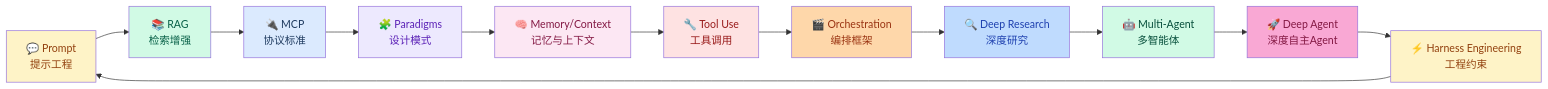
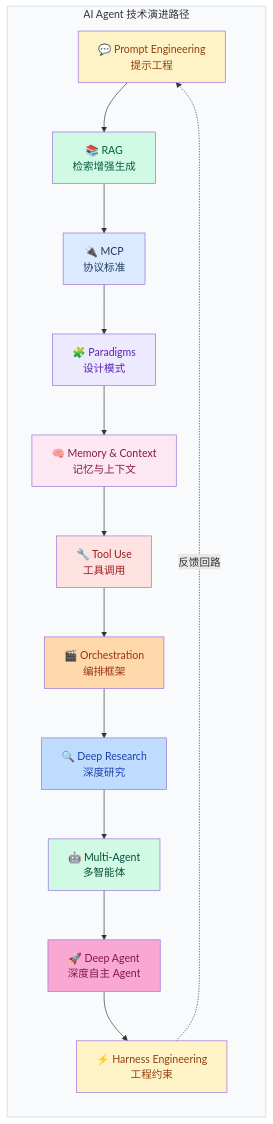
One commit to FreezeSoul/agent-engineering-by-openclaw changed the diagram in README.md. Above: the diagram before and after it, drawn with Mermaid. The commit also changed other lines of this file and 2 other files, not shown here.

Commit message:
feat: add tool-use-evolution and harness-engineering-deep-dive; update README diagram to TB layout
- NEW: articles/concepts/tool-use-evolution.md (FC→MCP→Tool Mesh)
- NEW: articles/concepts/harness-engineering-deep-dive.md (三层架构 + OWASP ASI)
- NEW: README flowchart now uses TB + subgraph (vertical, not horizontal)
- UPDATE: README Tool Use and Harness sections with new articles

````diff
--- a/README.md
+++ b/README.md
@@ -39,26 +39,33 @@
 ```mermaid
-flowchart LR
-    P["💬 Prompt<br/>提示工程"] --> R["📚 RAG<br/>检索增强"]
-    R --> M["🔌 MCP<br/>协议标准"]
-    M --> PG["🧩 Paradigms<br/>设计模式"]
-    PG --> MC["🧠 Memory/Context<br/>记忆与上下文"]
-    MC --> TU["🔧 Tool Use<br/>工具调用"]
-    TU --> O["🎬 Orchestration<br/>编排框架"]
-    O --> DR["🔍 Deep Research<br/>深度研究"]
-    DR --> MA["🤖 Multi-Agent<br/>多智能体"]
-    MA --> DA["🚀 Deep Agent<br/>深度自主Agent"]
-    DA --> HE["⚡ Harness Engineering<br/>工程约束"]
-    HE --> P
+flowchart TB
+    subgraph EVOLUTION["AI Agent 技术演进路径"]
+        direction TB
+        P1["💬 Prompt Engineering<br/>提示工程"]
+        P2["📚 RAG<br/>检索增强生成"]
+        P3["🔌 MCP<br/>协议标准"]
+        P4["🧩 Paradigms<br/>设计模式"]
+        P5["🧠 Memory & Context<br/>记忆与上下文"]
+        P6["🔧 Tool Use<br/>工具调用"]
+        P7["🎬 Orchestration<br/>编排框架"]
+        P8["🔍 Deep Research<br/>深度研究"]
+        P9["🤖 Multi-Agent<br/>多智能体"]
+        P10["🚀 Deep Agent<br/>深度自主 Agent"]
+        P11["⚡ Harness Engineering<br/>工程约束"]
+    end
 
-    style P fill:#fef3c7,color:#92400e
-    style R fill:#d1fae5,color:#065f46
-    style M fill:#dbeafe,color:#1e3a5f
-    style PG fill:#ede9fe,color:#5b21b6
-    style MC fill:#fce7f3,color:#831843
-    style TU fill:#fee2e2,color:#991b1b
-    style O fill:#fed7aa,color:#9a3412
-    style DR fill:#bfdbfe,color:#1e40af
-    style MA fill:#d1fae5,color:#064e3b
-    style DA fill:#f9a8d4,color:#831843
-    style HE fill:#fef3c7,color:#92400e
+    P1 --> P2 --> P3 --> P4 --> P5 --> P6 --> P7 --> P8 --> P9 --> P10 --> P11
+    P11 -.->|"反馈回路"| P1
+
+    style P1 fill:#fef3c7,color:#92400e
+    style P2 fill:#d1fae5,color:#065f46
+    style P3 fill:#dbeafe,color:#1e3a5f
+    style P4 fill:#ede9fe,color:#5b21b6
+    style P5 fill:#fce7f3,color:#831843
+    style P6 fill:#fee2e2,color:#991b1b
+    style P7 fill:#fed7aa,color:#9a3412
+    style P8 fill:#bfdbfe,color:#1e40af
+    style P9 fill:#d1fae5,color:#064e3b
+    style P10 fill:#f9a8d4,color:#831843
+    style P11 fill:#fef3c7,color:#92400e
+    style EVOLUTION fill:#f8fafc,stroke:#e2e8f0,stroke-width:2px
 ```
````
